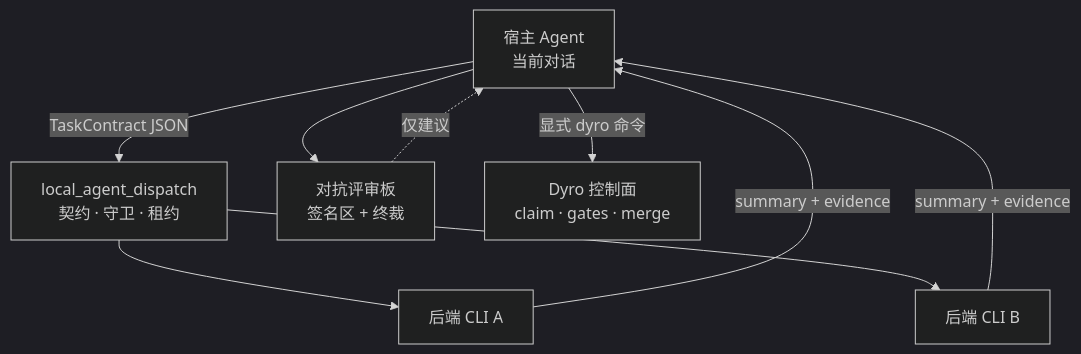
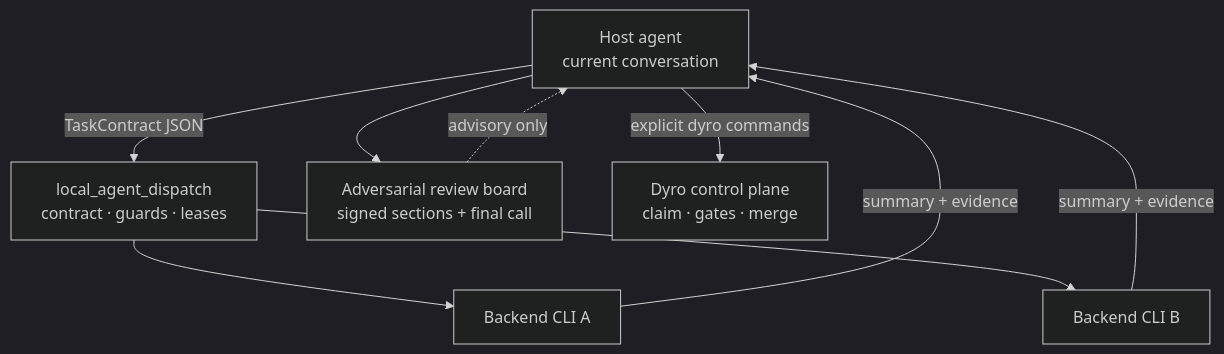
One commit to DandreYang/DyroEngineeringFlow changed the diagram in docs/images/diagrams/src/08a-multi-agent-layers.mmd. Above: the diagram before and after it, drawn with Mermaid (dark theme). The commit also changed 46 other files, not shown here.

First line of the commit message:
docs: README 内嵌中英 Mermaid 图示并移除 PNG

```diff
--- a/docs/images/diagrams/src/08a-multi-agent-layers.mmd
+++ b/docs/images/diagrams/src/08a-multi-agent-layers.mmd
@@ -1,16 +1,16 @@
 flowchart TB
-  Host["宿主 Agent<br/>当前对话"]
-  Disp["local_agent_dispatch<br/>契约 · 守卫 · 租约"]
-  B1["后端 CLI A"]
-  B2["后端 CLI B"]
-  Board["对抗评审板<br/>签名区 + 终裁"]
-  Dyro["Dyro 控制面<br/>claim · gates · merge"]
+  Host["Host agent<br/>current conversation"]
+  Disp["local_agent_dispatch<br/>contract · guards · leases"]
+  B1["Backend CLI A"]
+  B2["Backend CLI B"]
+  Board["Adversarial review board<br/>signed sections + final call"]
+  Dyro["Dyro control plane<br/>claim · gates · merge"]
 
   Host -->|"TaskContract JSON"| Disp
   Disp --> B1
   Disp --> B2
   B1 -->|"summary + evidence"| Host
   B2 -->|"summary + evidence"| Host
   Host --> Board
-  Board -.->|"仅建议"| Host
-  Host -->|"显式 dyro 命令"| Dyro
+  Board -.->|"advisory only"| Host
+  Host -->|"explicit dyro commands"| Dyro
```
